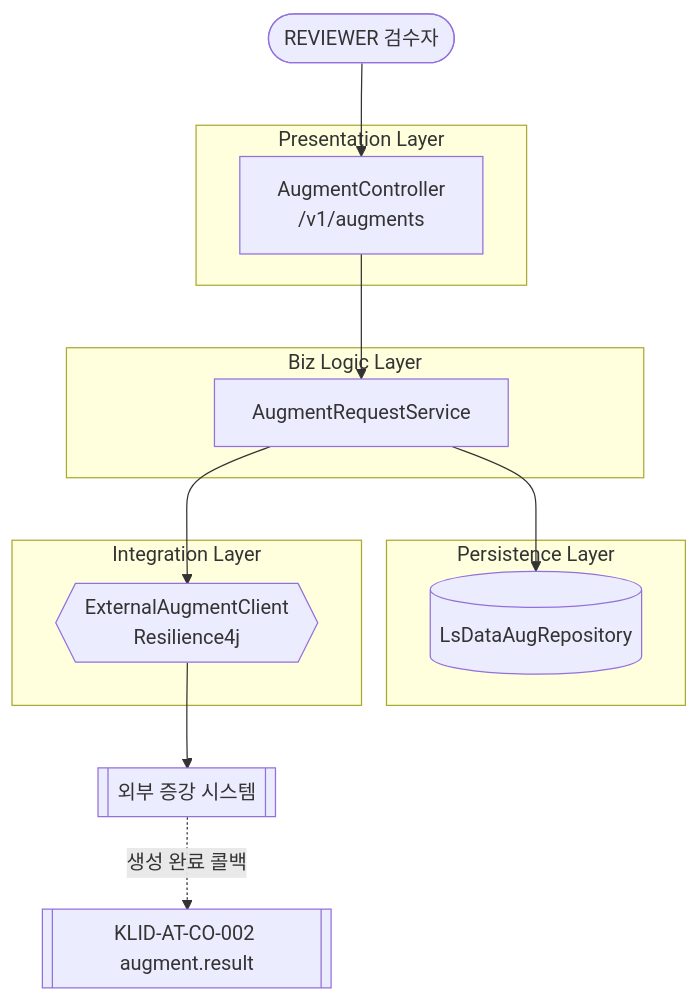
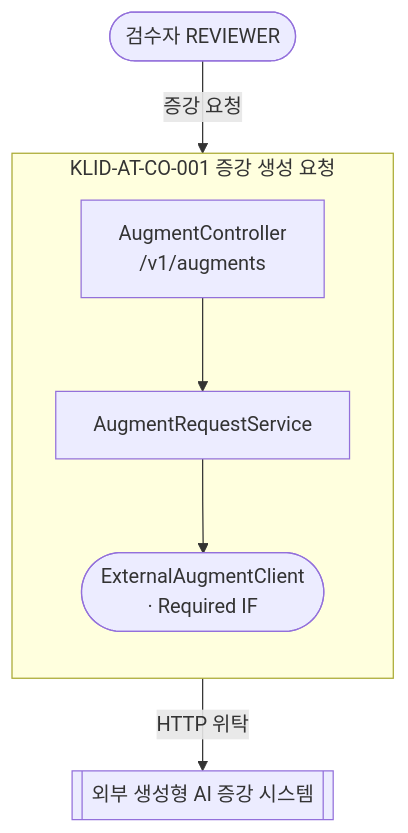
One commit to New-stella/klid-label changed the first of 13 diagrams in docs/design/D3-컴포넌트설계서.md. Above: the diagram before and after it, drawn with Mermaid. The commit also changed other lines of this file and 6 other files, not shown here.

````diff
--- a/docs/design/D3-컴포넌트설계서.md
+++ b/docs/design/D3-컴포넌트설계서.md
@@ -48,26 +38,15 @@
 ```mermaid
-flowchart TB
-  REVIEWER([REVIEWER 검수자])
-  EXT_AUG[["외부 증강 시스템"]]
-  CO002[["KLID-AT-CO-002 augment.result"]]
-
-  subgraph Presentation [Presentation Layer]
-    AugCtrl[AugmentController<br/>/v1/augments]
-  end
-  subgraph Biz [Biz Logic Layer]
-    AugReqSvc[AugmentRequestService]
-  end
-  subgraph Persistence [Persistence Layer]
-    AugRepo[(LsDataAugRepository)]
-  end
-  subgraph Integration [Integration Layer]
-    ExtAugClient{{ExternalAugmentClient<br/>Resilience4j}}
-  end
-
-  REVIEWER --> AugCtrl
-  AugCtrl --> AugReqSvc
-  AugReqSvc --> AugRepo
-  AugReqSvc --> ExtAugClient
-  ExtAugClient --> EXT_AUG
-  EXT_AUG -.생성 완료 콜백.-> CO002
+flowchart TD
+    REVIEWER([검수자 REVIEWER])
+    EXT[[외부 생성형 AI 증강 시스템]]
+    subgraph CO001[KLID-AT-CO-001 증강 생성 요청]
+        direction TB
+        AC[AugmentController<br/>/v1/augments]
+        ARS[AugmentRequestService]
+        EAC([ExternalAugmentClient<br/>· Required IF])
+        AC --> ARS
+        ARS --> EAC
+    end
+    REVIEWER -->|증강 요청| AC
+    EAC -->|HTTP 위탁| EXT
 ```
````
